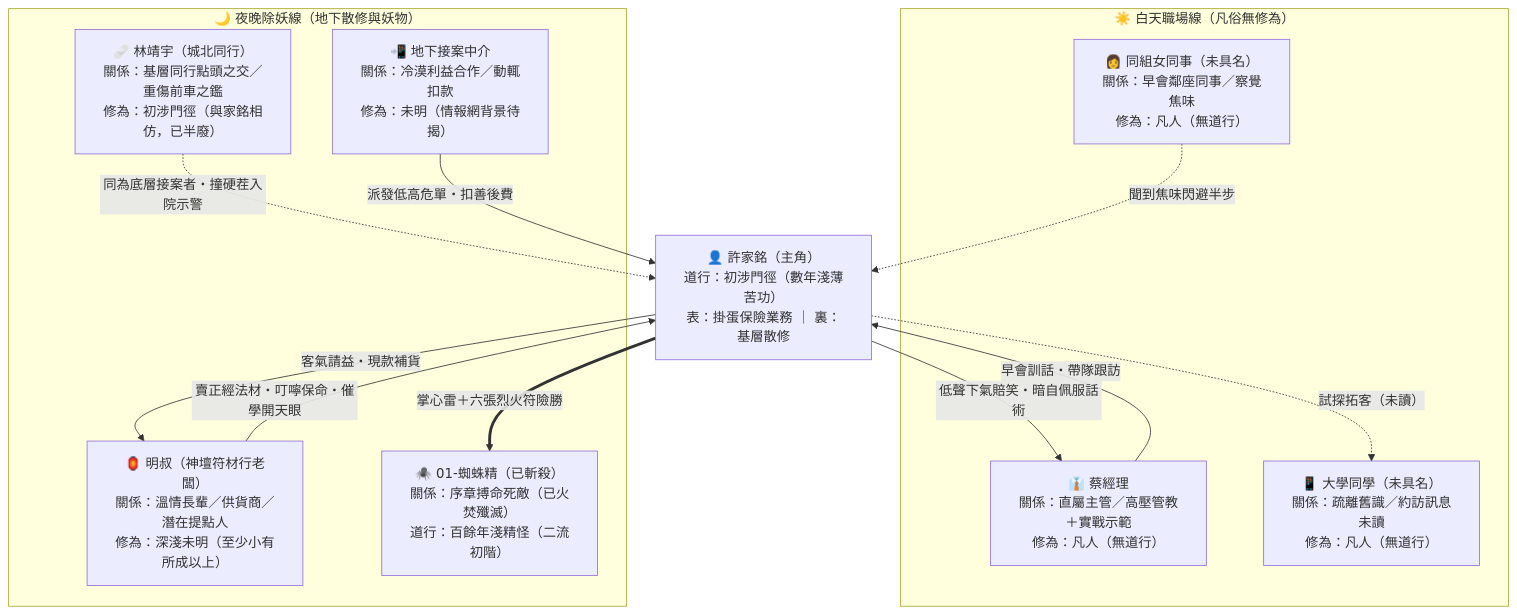
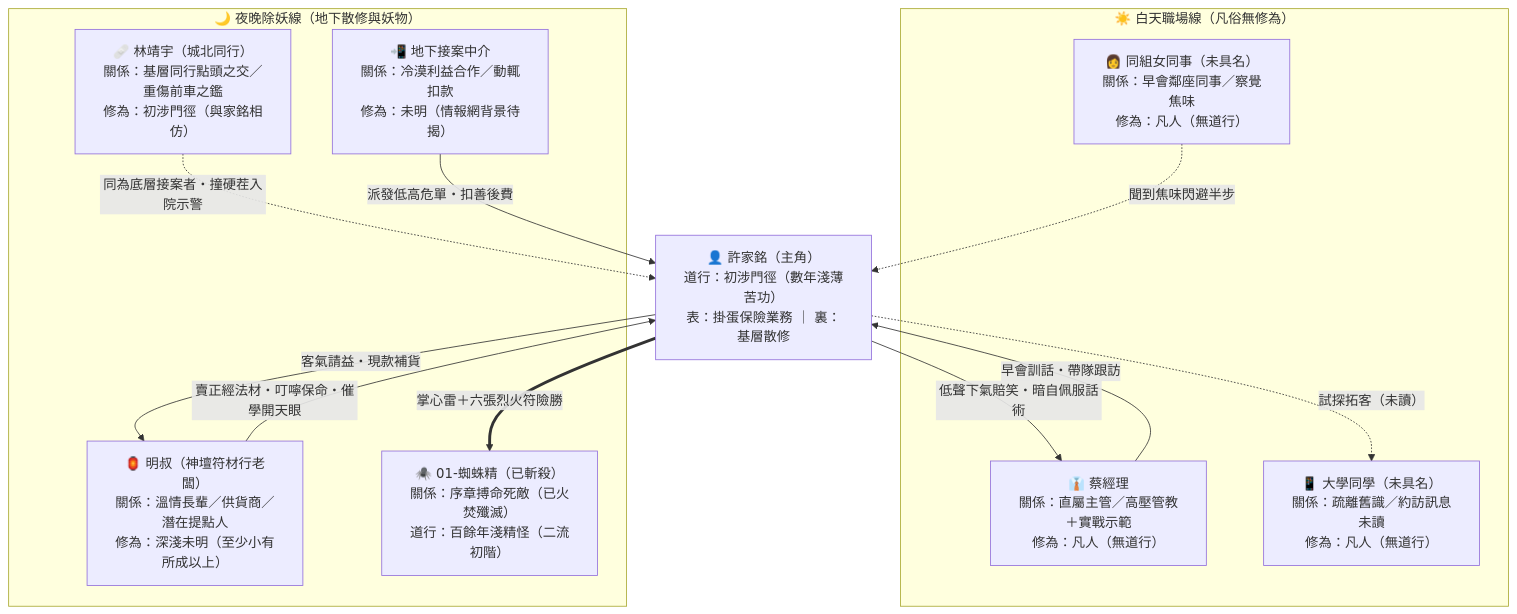
One commit to wuharry/urban-exorcist-chronicles changed the diagram in 設定集/01-人物篇.md. Above: the diagram before and after it, drawn with Mermaid. The commit also changed other lines of this file and 1 other file, not shown here.

````diff
--- a/設定集/01-人物篇.md
+++ b/設定集/01-人物篇.md
@@ -10,28 +10,28 @@
 ```mermaid
 flowchart TD
     MC["👤 許家銘（主角）<br/>道行：初涉門徑（數年淺薄苦功）<br/>表：掛蛋保險業務 ｜ 裏：基層散修"]
 
     subgraph DAY["☀️ 白天職場線（凡俗無修為）"]
         CAI["👔 蔡經理<br/>關係：直屬主管／高壓管教＋實戰示範<br/>修為：凡人（無道行）"]
         CLASS["📱 大學同學（未具名）<br/>關係：疏離舊識／約訪訊息未讀<br/>修為：凡人（無道行）"]
         COL["👩 同組女同事（未具名）<br/>關係：早會鄰座同事／察覺焦味<br/>修為：凡人（無道行）"]
     end
 
     subgraph NIGHT["🌙 夜晚除妖線（地下散修與妖物）"]
         MING["🏮 明叔（神壇符材行老闆）<br/>關係：溫情長輩／供貨商／潛在提點人<br/>修為：深淺未明（至少小有所成以上）"]
-        LIN["🩹 林靖宇（城北同行）<br/>關係：基層同行點頭之交／重傷前車之鑑<br/>修為：初涉門徑（與家銘相仿，已半廢）"]
+        LIN["🩹 林靖宇（城北同行）<br/>關係：基層同行點頭之交／重傷前車之鑑<br/>修為：初涉門徑（與家銘相仿）"]
         BROKER["📲 地下接案中介<br/>關係：冷漠利益合作／動輒扣款<br/>修為：未明（情報網背景待揭）"]
         SPIDER["🕷️ 01-蜘蛛精（已斬殺）<br/>關係：序章搏命死敵（已火焚殲滅）<br/>道行：百餘年淺精怪（二流初階）"]
     end
 
     CAI -- "早會訓話・帶隊跟訪" --> MC
     MC -- "低聲下氣賠笑・暗自佩服話術" --> CAI
     MC -. "試探拓客（未讀）" .-> CLASS
     COL -. "聞到焦味閃避半步" .-> MC
 
     MING -- "賣正經法材・叮嚀保命・催學開天眼" --> MC
     MC -- "客氣請益・現款補貨" --> MING
     LIN -. "同為底層接案者・撞硬茬入院示警" .-> MC
     BROKER -- "派發低高危單・扣善後費" --> MC
     MC == "掌心雷＋六張烈火符險勝" ==> SPIDER
 ```
````
